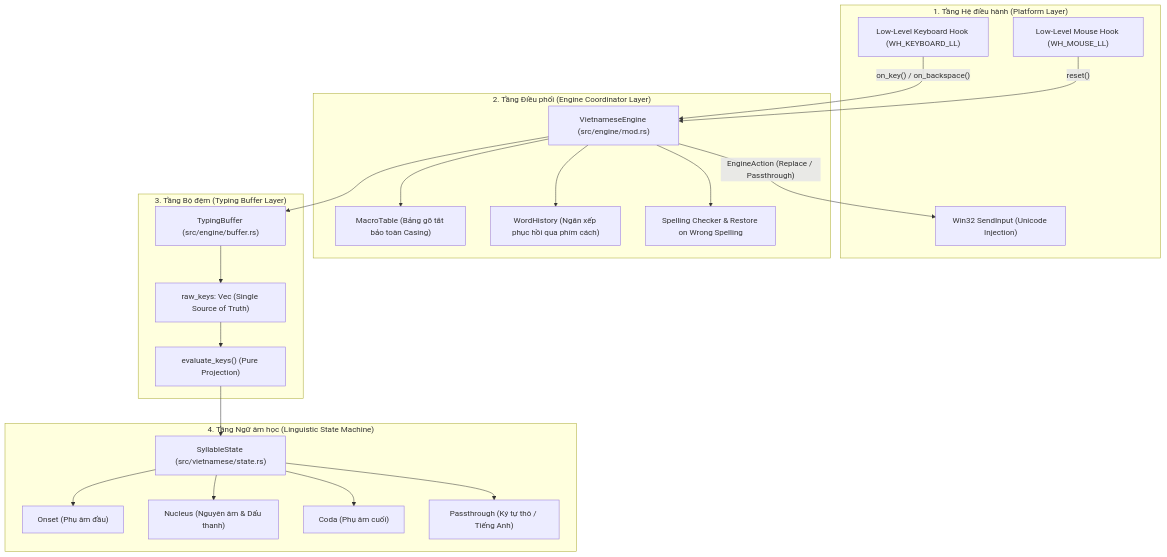
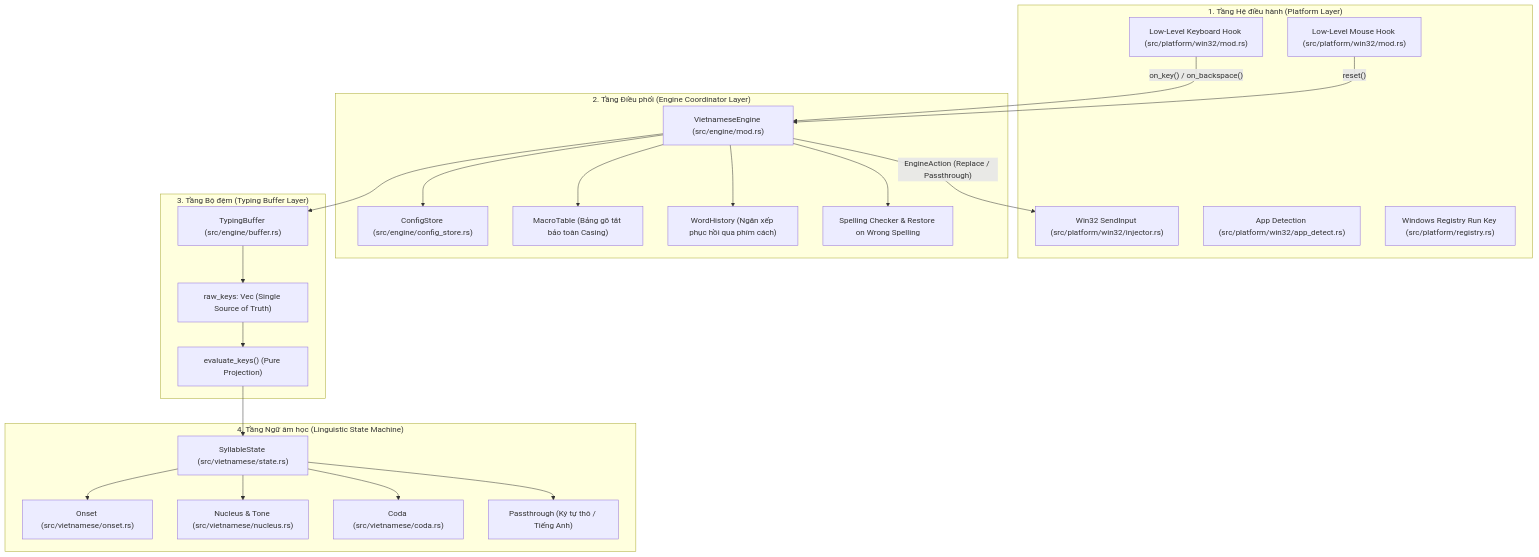
Before and after one commit to uongsuadaubung/mkey: the diagram in docs/ARCHITECTURE.md, drawn with Mermaid. The commit also changed other lines of this file and 34 other files, not shown here.

````diff
--- a/docs/ARCHITECTURE.md
+++ b/docs/ARCHITECTURE.md
@@ -11,41 +11,45 @@
 ```mermaid
 flowchart TD
     subgraph OS_Layer ["1. Tầng Hệ điều hành (Platform Layer)"]
-        KBD_Hook["Low-Level Keyboard Hook (WH_KEYBOARD_LL)"]
-        MOUSE_Hook["Low-Level Mouse Hook (WH_MOUSE_LL)"]
-        SendInput["Win32 SendInput (Unicode Injection)"]
+        KBD_Hook["Low-Level Keyboard Hook (src/platform/win32/mod.rs)"]
+        MOUSE_Hook["Low-Level Mouse Hook (src/platform/win32/mod.rs)"]
+        SendInput["Win32 SendInput (src/platform/win32/injector.rs)"]
+        AppDetect["App Detection (src/platform/win32/app_detect.rs)"]
+        Registry["Windows Registry Run Key (src/platform/registry.rs)"]
     end
 
     subgraph Engine_Layer ["2. Tầng Điều phối (Engine Coordinator Layer)"]
         VE["VietnameseEngine (src/engine/mod.rs)"]
+        ConfigStore["ConfigStore (src/engine/config_store.rs)"]
         MacroTbl["MacroTable (Bảng gõ tắt bảo toàn Casing)"]
         Hist["WordHistory (Ngăn xếp phục hồi qua phím cách)"]
         SpellingGuard["Spelling Checker & Restore on Wrong Spelling"]
     end
 
     subgraph Buffer_Layer ["3. Tầng Bộ đệm (Typing Buffer Layer)"]
         TB["TypingBuffer (src/engine/buffer.rs)"]
         RawKeys["raw_keys: Vec<RawKey> (Single Source of Truth)"]
         Eval["evaluate_keys() (Pure Projection)"]
     end
 
     subgraph Linguistic_Layer ["4. Tầng Ngữ âm học (Linguistic State Machine)"]
         SM["SyllableState (src/vietnamese/state.rs)"]
-        OnsetNode["Onset (Phụ âm đầu)"]
-        NucleusNode["Nucleus (Nguyên âm & Dấu thanh)"]
-        CodaNode["Coda (Phụ âm cuối)"]
+        OnsetNode["Onset (src/vietnamese/onset.rs)"]
+        NucleusNode["Nucleus & Tone (src/vietnamese/nucleus.rs)"]
+        CodaNode["Coda (src/vietnamese/coda.rs)"]
         PassNode["Passthrough (Ký tự thô / Tiếng Anh)"]
     end
 
     KBD_Hook -->|"on_key() / on_backspace()"| VE
     MOUSE_Hook -->|"reset()"| VE
     VE --> TB
     TB --> RawKeys
     RawKeys --> Eval
     Eval --> SM
     SM --> OnsetNode & NucleusNode & CodaNode & PassNode
     VE --> MacroTbl
     VE --> Hist
     VE --> SpellingGuard
+    VE --> ConfigStore
     VE -->|"EngineAction (Replace / Passthrough)"| SendInput
 ```
````
